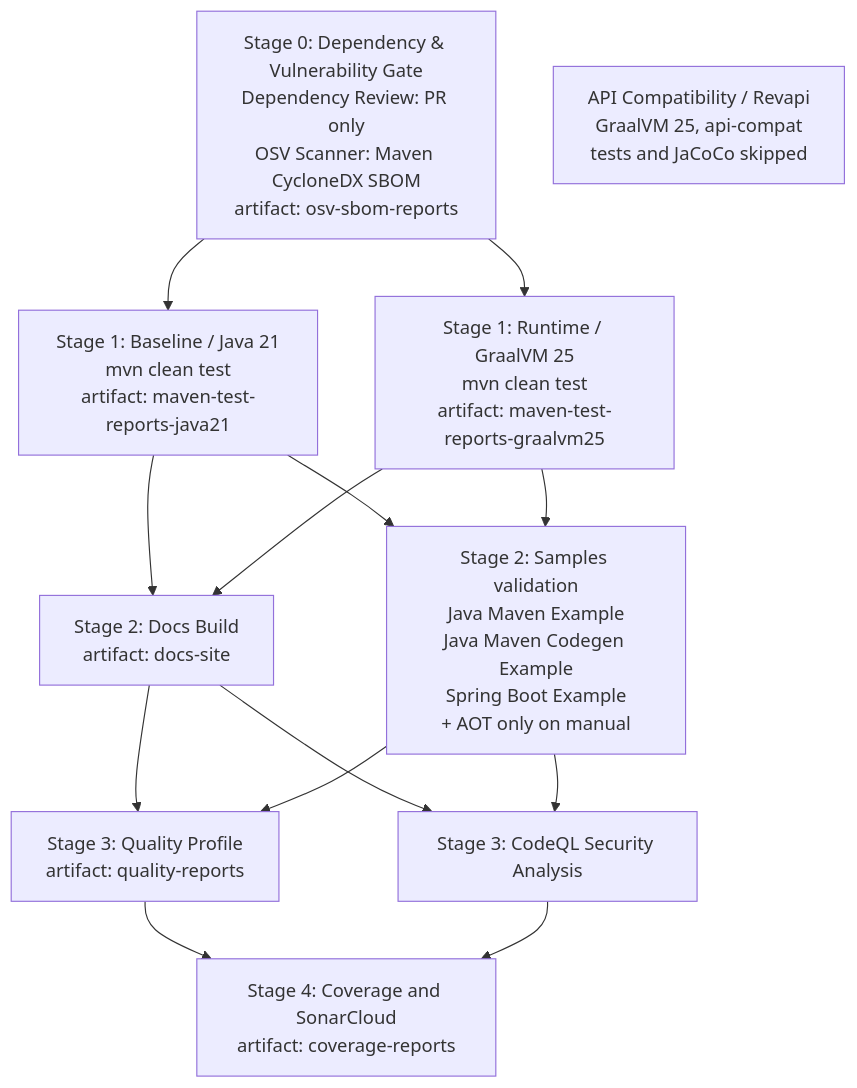
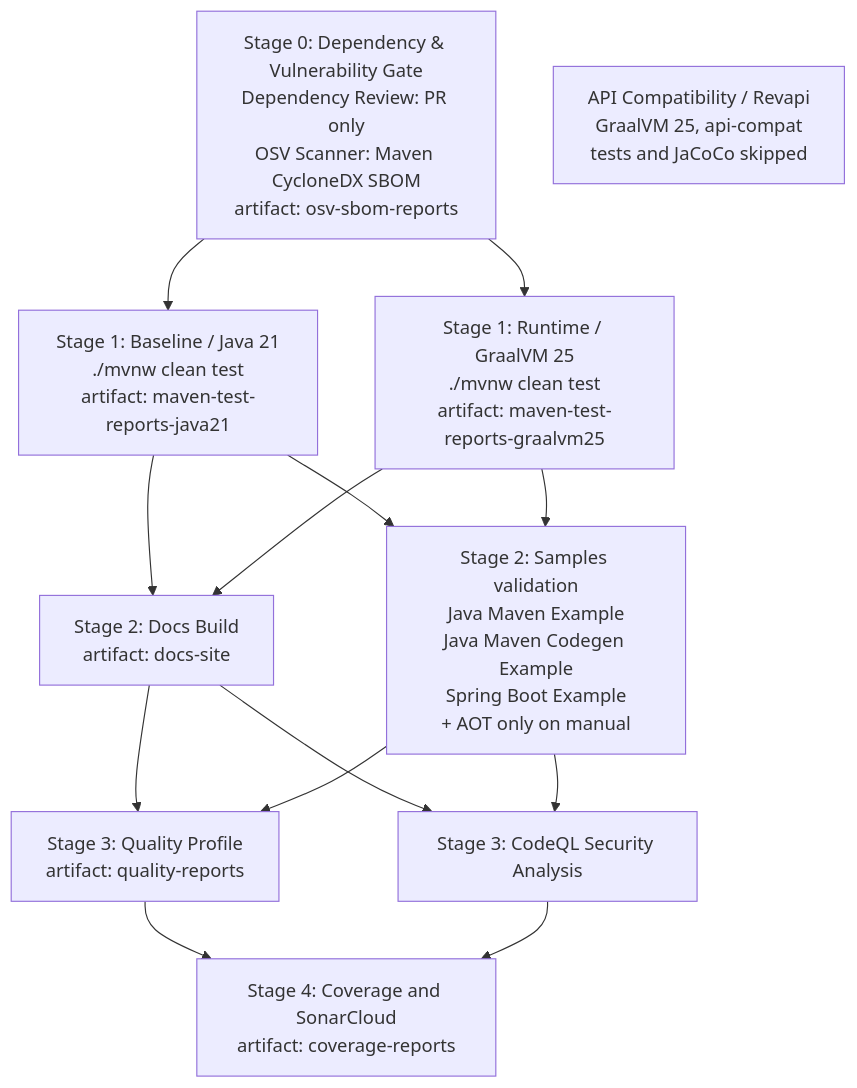
One commit to ih0r-d/polyglot-platform changed the diagram in docs/developer-tooling.md. Above: the diagram before and after it, drawn with Mermaid. The commit also changed other lines of this file and 15 other files, not shown here.

````diff
--- a/docs/developer-tooling.md
+++ b/docs/developer-tooling.md
@@ -170,35 +185,35 @@
 ```mermaid
 flowchart TD
     DG["Stage 0: Dependency & Vulnerability Gate<br/>Dependency Review: PR only<br/>OSV Scanner: Maven CycloneDX SBOM<br/>artifact: osv-sbom-reports"]
 
-    J21["Stage 1: Baseline / Java 21<br/>mvn clean test<br/>artifact: maven-test-reports-java21"]
-    G25["Stage 1: Runtime / GraalVM 25<br/>mvn clean test<br/>artifact: maven-test-reports-graalvm25"]
+    J21["Stage 1: Baseline / Java 21<br/>./mvnw clean test<br/>artifact: maven-test-reports-java21"]
+    G25["Stage 1: Runtime / GraalVM 25<br/>./mvnw clean test<br/>artifact: maven-test-reports-graalvm25"]
 
     API["API Compatibility / Revapi<br/>GraalVM 25, api-compat<br/>tests and JaCoCo skipped"]
 
     DOCS["Stage 2: Docs Build<br/>artifact: docs-site"]
     SAMPLES["Stage 2: Samples validation<br/>Java Maven Example<br/>Java Maven Codegen Example<br/>Spring Boot Example<br/>+ AOT only on manual"]
 
     QP["Stage 3: Quality Profile<br/>artifact: quality-reports"]
     CQL["Stage 3: CodeQL Security Analysis"]
 
     SONAR["Stage 4: Coverage and SonarCloud<br/>artifact: coverage-reports"]
 
     DG --> J21
     DG --> G25
 
     J21 --> DOCS
     G25 --> DOCS
 
     J21 --> SAMPLES
     G25 --> SAMPLES
 
     DOCS --> QP
     SAMPLES --> QP
 
     DOCS --> CQL
     SAMPLES --> CQL
 
     QP --> SONAR
     CQL --> SONAR
 ```
````
